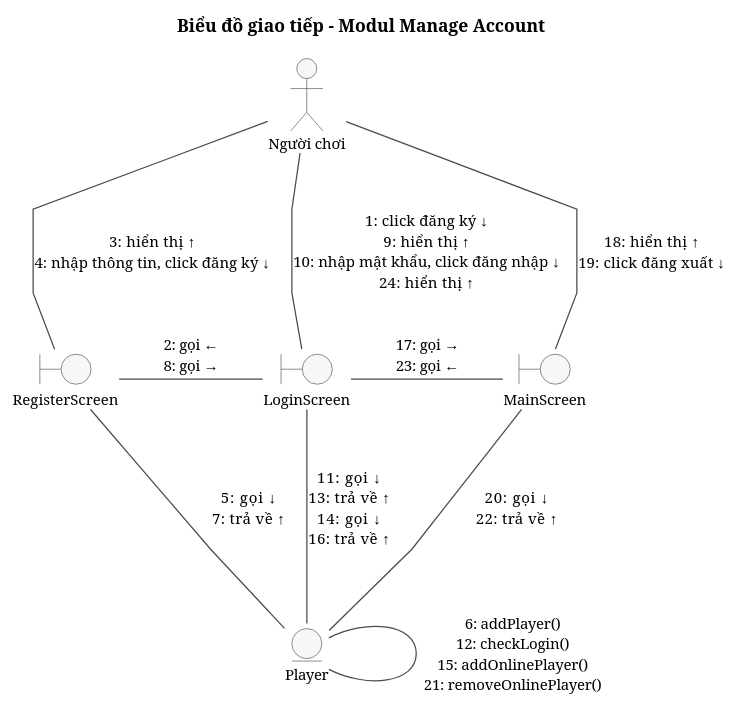
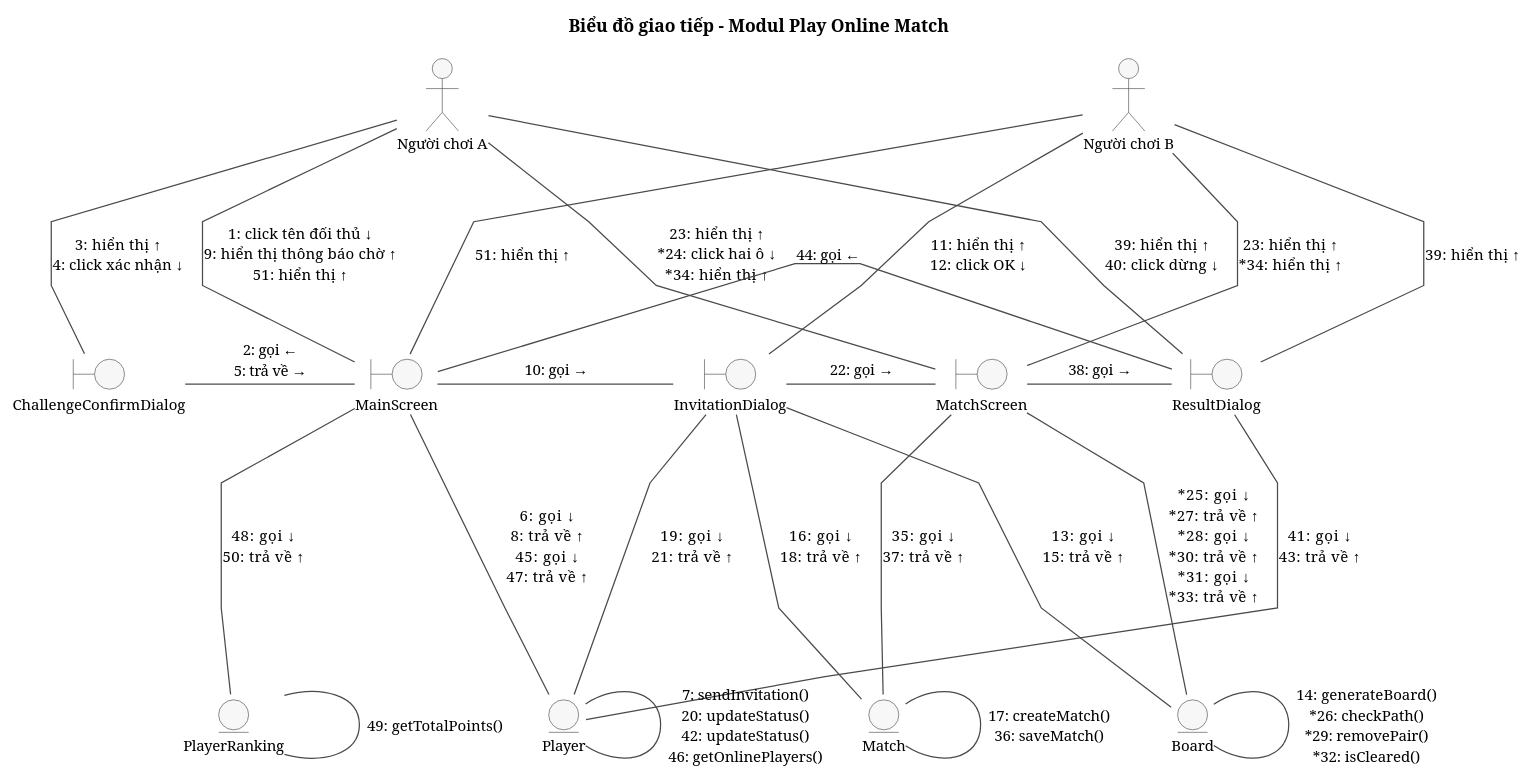
Before and after one commit to VattenL/mobile-pikachu: the diagram in docs/uml/pha2/comm-m4.puml, drawn with PlantUML. The commit also changed 75 other files, not shown here.

```diff
--- a/docs/uml/pha2/comm-m4.puml
+++ b/docs/uml/pha2/comm-m4.puml
@@ -1,40 +1,65 @@
 @startuml comm-m4
-title Biểu đồ giao tiếp - Modul Manage Account
+title Biểu đồ giao tiếp - Modul Play Online Match
 
 skinparam shadowing false
 skinparam linetype polyline
-skinparam nodesep 70
-skinparam ranksep 90
+skinparam nodesep 60
+skinparam ranksep 110
 skinparam defaultFontSize 12
 skinparam ArrowColor #4A4A4A
 skinparam actor {
   BackgroundColor #F7F7F7
   BorderColor #4A4A4A
 }
 skinparam boundary {
   BackgroundColor #F7F7F7
   BorderColor #4A4A4A
 }
 skinparam entity {
   BackgroundColor #F7F7F7
   BorderColor #4A4A4A
 }
 
-actor "Người chơi" as Actor
+actor "Người chơi B" as B
+actor "Người chơi A" as A
 
-boundary RegisterScreen
-boundary LoginScreen
+boundary ChallengeConfirmDialog
 boundary MainScreen
+boundary InvitationDialog
+boundary MatchScreen
+boundary ResultDialog
 
 entity Player
+entity PlayerRanking
+entity Match
+entity Board
 
-Actor -down- LoginScreen : "1: click đăng ký ↓\n9: hiển thị ↑\n10: nhập mật khẩu, click đăng nhập ↓\n24: hiển thị ↑"
-Actor -down- RegisterScreen : "3: hiển thị ↑\n4: nhập thông tin, click đăng ký ↓"
-Actor -down- MainScreen : "18: hiển thị ↑\n19: click đăng xuất ↓"
-RegisterScreen -right- LoginScreen : "2: gọi ←\n8: gọi →"
-LoginScreen -right- MainScreen : "17: gọi →\n23: gọi ←"
-RegisterScreen -down- Player : "5: gọi ↓\n7: trả về ↑"
-LoginScreen -down- Player : "11: gọi ↓\n13: trả về ↑\n14: gọi ↓\n16: trả về ↑"
-MainScreen -down- Player : "20: gọi ↓\n22: trả về ↑"
-Player -right- Player : "6: addPlayer()\n12: checkLogin()\n15: addOnlinePlayer()\n21: removeOnlinePlayer()"
+A -down- MainScreen : "1: click tên đối thủ ↓\n9: hiển thị thông báo chờ ↑\n51: hiển thị ↑"
+A -down- ChallengeConfirmDialog : "3: hiển thị ↑\n4: click xác nhận ↓"
+B -down- MainScreen : "51: hiển thị ↑"
+B -down- InvitationDialog : "11: hiển thị ↑\n12: click OK ↓"
+A -down- MatchScreen : "23: hiển thị ↑\n<U+002A>24: click hai ô ↓\n<U+002A>34: hiển thị ↑"
+B -down- MatchScreen : "23: hiển thị ↑\n<U+002A>34: hiển thị ↑"
+A -down- ResultDialog : "39: hiển thị ↑\n40: click dừng ↓"
+B -down- ResultDialog : "39: hiển thị ↑"
+
+ChallengeConfirmDialog -right- MainScreen : "2: gọi ←\n5: trả về →"
+MainScreen -right- InvitationDialog : "10: gọi →"
+InvitationDialog -right- MatchScreen : "22: gọi →"
+MatchScreen -right- ResultDialog : "38: gọi →"
+ResultDialog -[norank]- MainScreen : "44: gọi ←"
+
+MainScreen -down- Player : "6: gọi ↓\n8: trả về ↑\n45: gọi ↓\n47: trả về ↑"
+MainScreen -down- PlayerRanking : "48: gọi ↓\n50: trả về ↑"
+InvitationDialog -down- Board : "13: gọi ↓\n15: trả về ↑"
+InvitationDialog -down- Match : "16: gọi ↓\n18: trả về ↑"
+InvitationDialog -down- Player : "19: gọi ↓\n21: trả về ↑"
+MatchScreen -down- Board : "<U+002A>25: gọi ↓\n<U+002A>27: trả về ↑\n<U+002A>28: gọi ↓\n<U+002A>30: trả về ↑\n<U+002A>31: gọi ↓\n<U+002A>33: trả về ↑"
+MatchScreen -down- Match : "35: gọi ↓\n37: trả về ↑"
+ResultDialog -down- Player : "41: gọi ↓\n43: trả về ↑"
+
+Player -[norank]- Player : "7: sendInvitation()\n20: updateStatus()\n42: updateStatus()\n46: getOnlinePlayers()"
+PlayerRanking -[norank]- PlayerRanking : "49: getTotalPoints()"
+Match -[norank]- Match : "17: createMatch()\n36: saveMatch()"
+Board -[norank]- Board : "14: generateBoard()\n<U+002A>26: checkPath()\n<U+002A>29: removePair()\n<U+002A>32: isCleared()"
 @enduml
```
